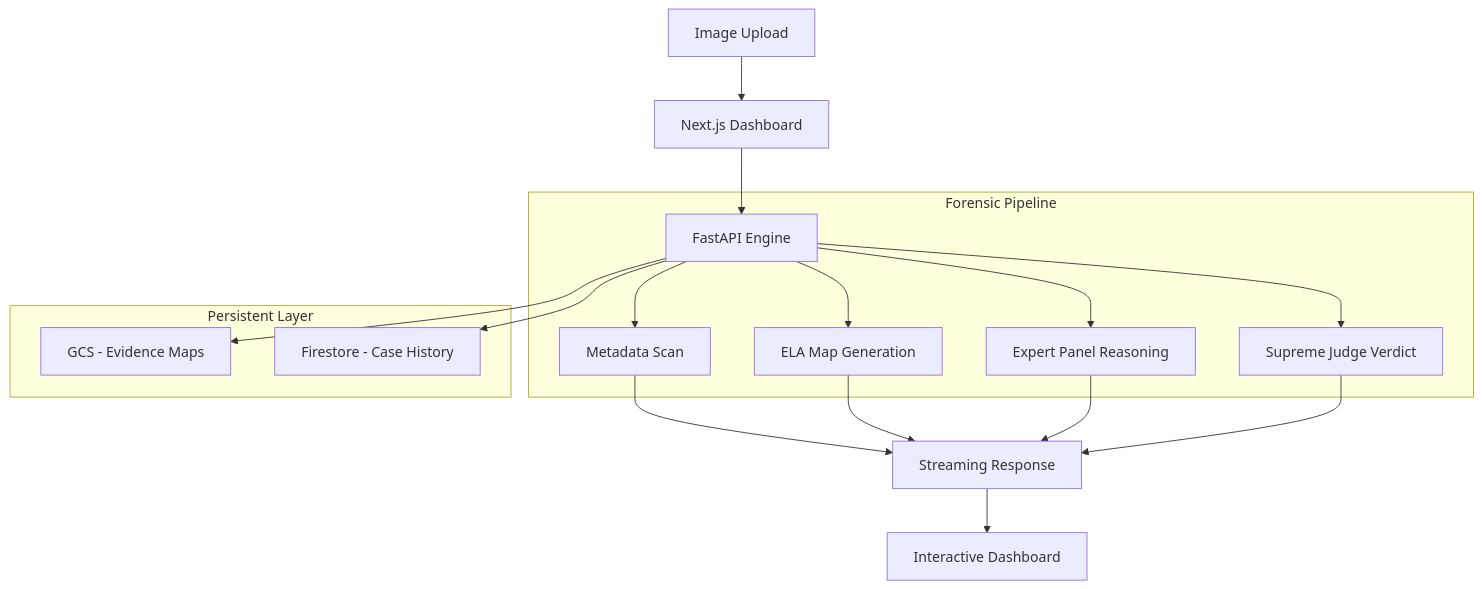
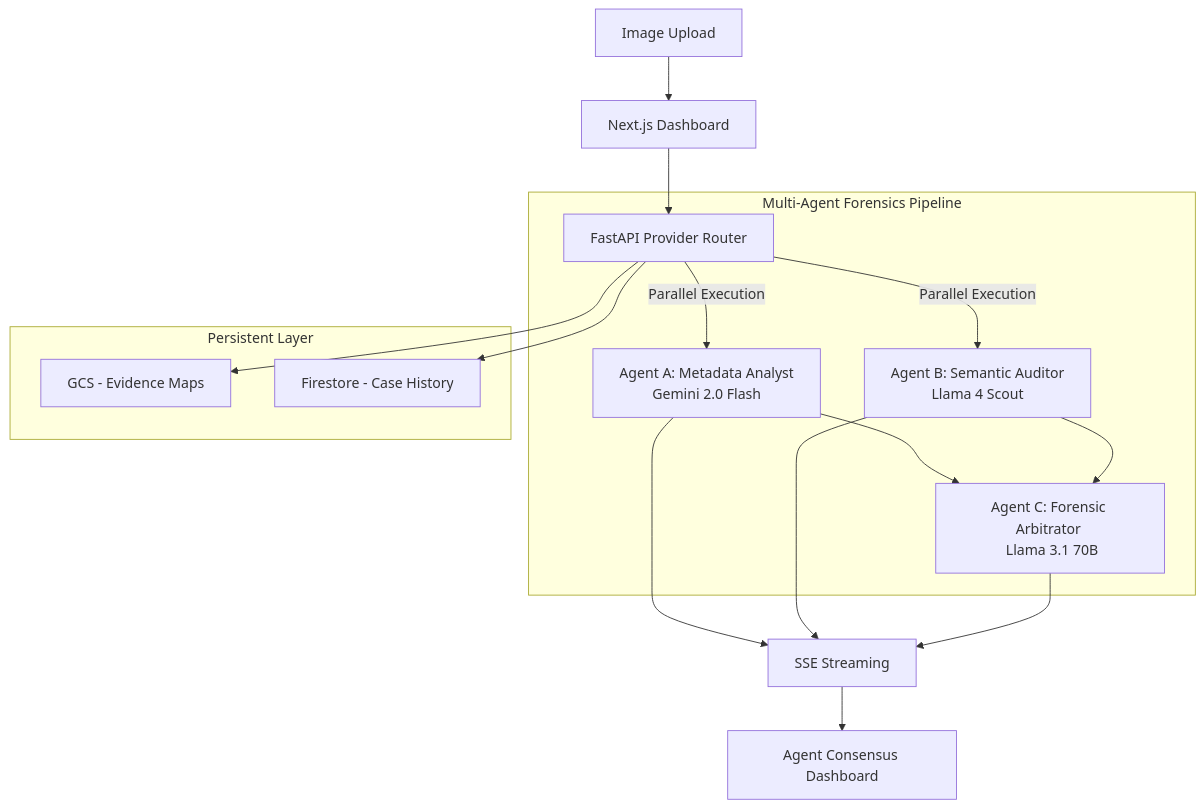
Before and after one commit to JaleedAhmad/ai-image-forensics-app: the diagram in README.md, drawn with Mermaid. The commit also changed other lines of this file and 8014 other files, not shown here.

First line of the commit message:
feat: Neural Forensics V7.0 — multi-agent forensic pipeline

````diff
--- a/README.md
+++ b/README.md
@@ -46,20 +49,20 @@
 ```mermaid
 graph TD
     A[Image Upload] --> B[Next.js Dashboard]
-    B --> C[FastAPI Engine]
+    B --> C[FastAPI Provider Router]
     
-    subgraph "Forensic Pipeline"
-        C --> D1[Metadata Scan]
-        C --> D2[ELA Map Generation]
-        C --> D3[Expert Panel Reasoning]
-        C --> D4[Supreme Judge Verdict]
+    subgraph "Multi-Agent Forensics Pipeline"
+        C -->|Parallel Execution| D1[Agent A: Metadata Analyst <br> Gemini 2.0 Flash]
+        C -->|Parallel Execution| D2[Agent B: Semantic Auditor <br> Llama 4 Scout]
+        D1 --> D3[Agent C: Forensic Arbitrator <br> Llama 3.1 70B]
+        D2 --> D3
     end
     
-    D1 & D2 & D3 & D4 --> E[Streaming Response]
-    E --> F[Interactive Dashboard]
+    D1 & D2 & D3 --> E[SSE Streaming]
+    E --> F[Agent Consensus Dashboard]
     
     subgraph "Persistent Layer"
         C --> G[GCS - Evidence Maps]
         C --> H[Firestore - Case History]
     end
 ```
````
